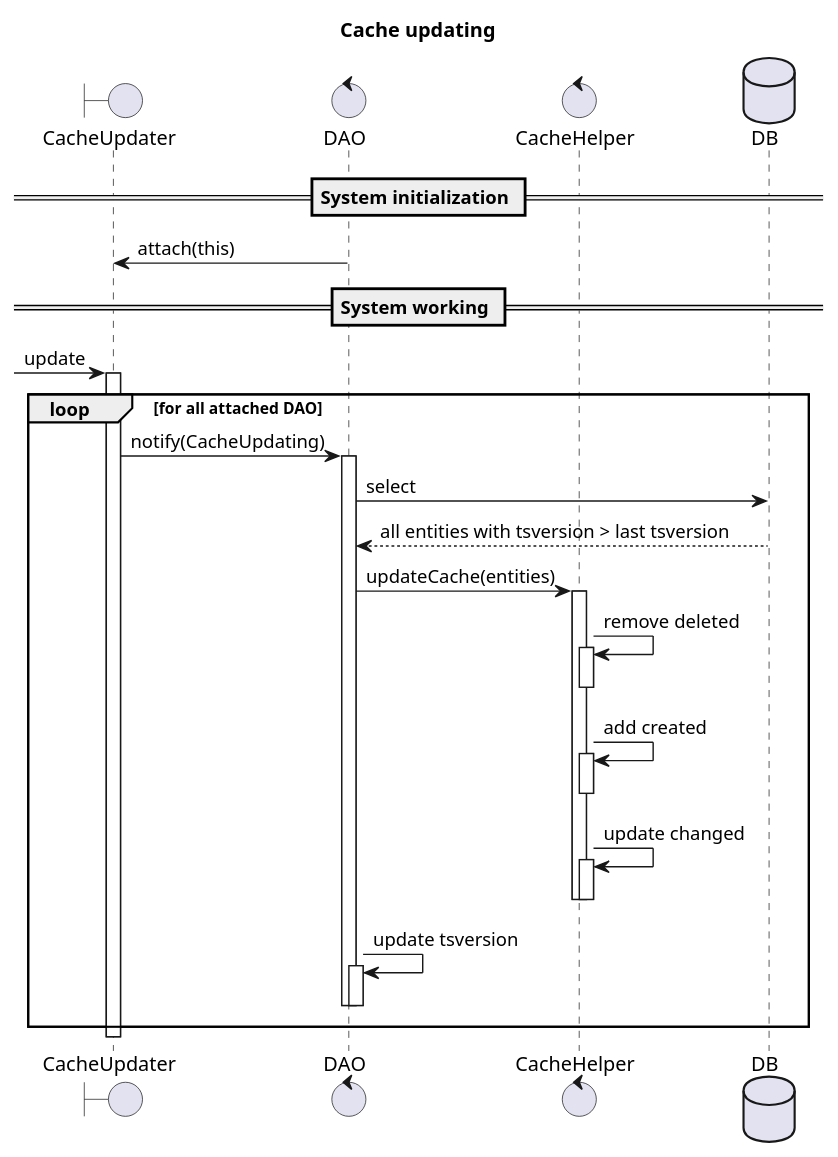
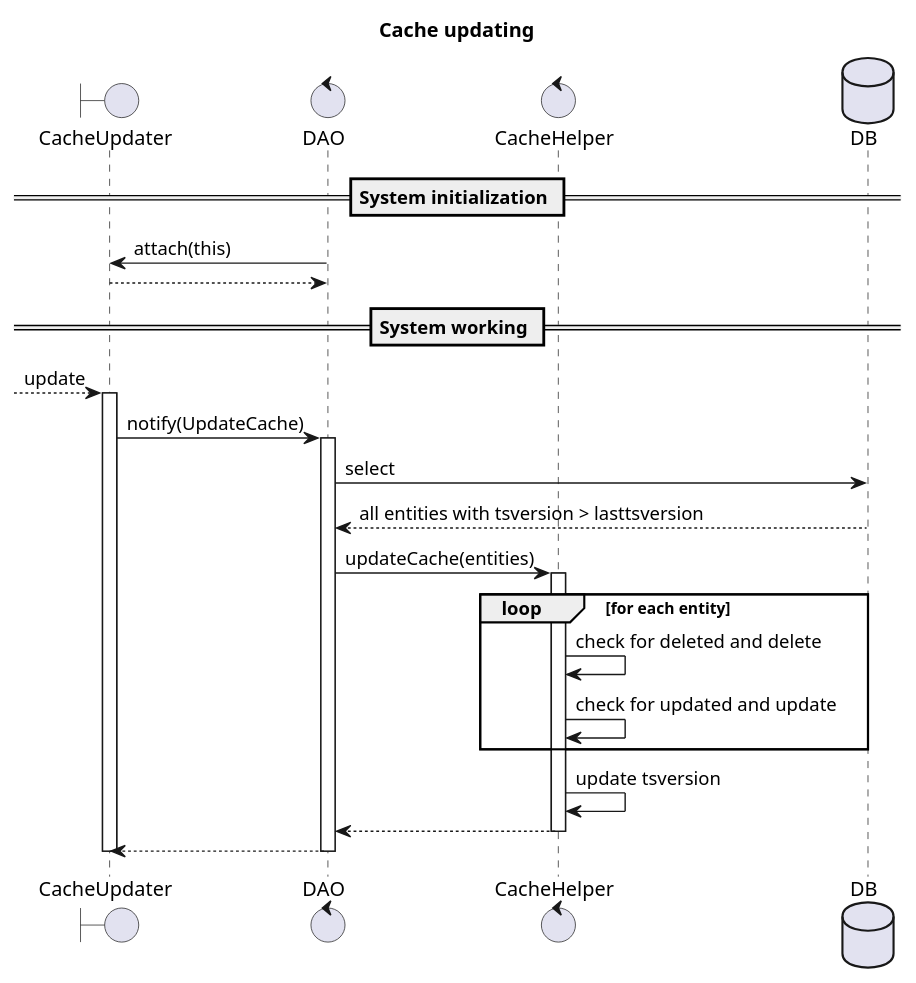
One commit to bwsw/simple-rtb-exchange changed the diagram in diagrams/cache/update.puml. Above: the diagram before and after it, drawn with PlantUML. The commit also changed 3 other files, not shown here.

```diff
--- a/diagrams/cache/update.puml
+++ b/diagrams/cache/update.puml
@@ -1,50 +1,37 @@
 @startuml
 
 title: Cache updating
 
 boundary CacheUpdater
 control DAO
 control CacheHelper
 database DB
 
 == System initialization ==
 
 DAO -> CacheUpdater: attach(this)
+DAO <-- CacheUpdater
 
 == System working ==
 
-[-> CacheUpdater: update
+[--> CacheUpdater: update
+
 activate CacheUpdater
-
-loop for all attached DAO
-    CacheUpdater -> DAO: notify(CacheUpdating)
+    CacheUpdater -> DAO: notify(UpdateCache)
     activate DAO
-    DAO -> DB: select
-    DAO <-- DB: all entities with tsversion > last tsversion
-    DAO -> CacheHelper: updateCache(entities)
-    activate CacheHelper
-
-    CacheHelper -> CacheHelper: remove deleted
-    activate CacheHelper
-    deactivate CacheHelper
-
-    CacheHelper -> CacheHelper: add created
-    activate CacheHelper
-    deactivate CacheHelper
-
-    CacheHelper -> CacheHelper:  update changed
-    activate CacheHelper
-    deactivate CacheHelper
-    deactivate CacheHelper
-
-    DAO -> DAO: update tsversion
-    activate DAO
+        DAO -> DB: select
+        DAO <-- DB: all entities with tsversion > lasttsversion
+        DAO -> CacheHelper: updateCache(entities)
+        activate CacheHelper
+            loop for each entity
+                CacheHelper -> CacheHelper: check for deleted and delete
+                CacheHelper -> CacheHelper: check for updated and update
+            end
+            CacheHelper -> CacheHelper: update tsversion
+            CacheHelper --> DAO
+        deactivate CacheHelper
+        DAO --> CacheUpdater
     deactivate DAO
-    deactivate DAO
-
-end
-
 deactivate CacheUpdater
 
-
 @enduml
```
